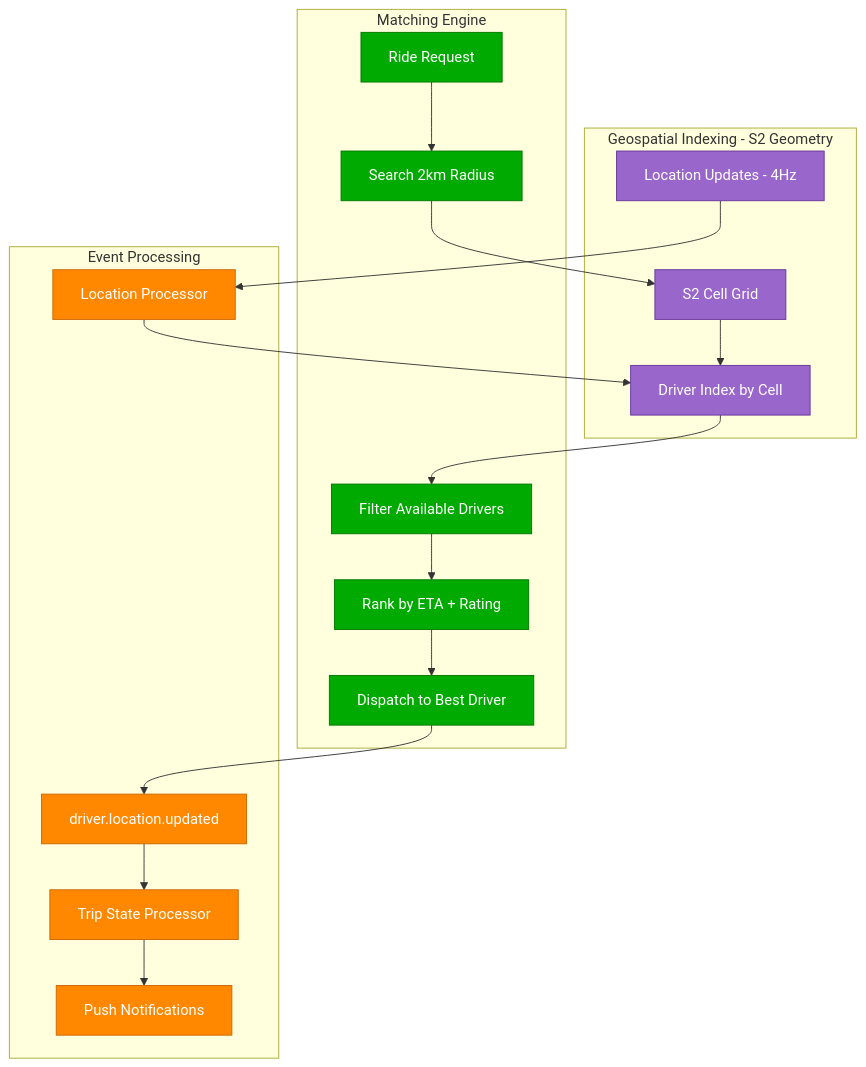
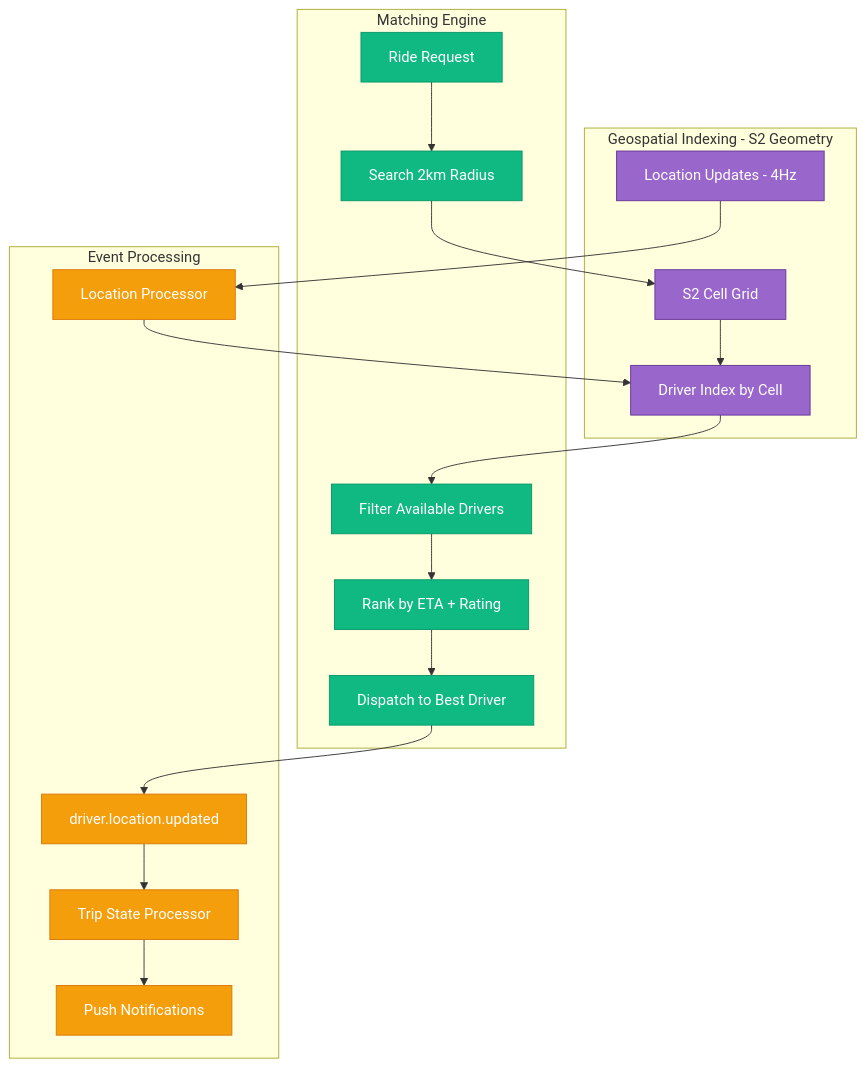
One commit to deepaucksharma/DS changed the fifth of 16 diagrams in site/docs/examples/case-studies.md. Above: the diagram before and after it, drawn with Mermaid. The commit also changed other lines of this file and 303 other files, not shown here.

````diff
--- a/site/docs/examples/case-studies.md
+++ b/site/docs/examples/case-studies.md
@@ -244,45 +244,45 @@
 ```mermaid
 graph TB
     subgraph GeoIndexing[Geospatial Indexing - S2 Geometry]
         S2_CELL[S2 Cell Grid]
         DRIVER_INDEX[Driver Index by Cell]
         LOCATION_UPDATE[Location Updates - 4Hz]
     end
 
     subgraph MatchingEngine[Matching Engine]
         REQUEST[Ride Request]
         RADIUS_SEARCH[Search 2km Radius]
         FILTER[Filter Available Drivers]
         RANK[Rank by ETA + Rating]
         DISPATCH[Dispatch to Best Driver]
     end
 
     subgraph EventStream[Event Processing]
         KAFKA_TOPIC[driver.location.updated]
         LOCATION_PROCESSOR[Location Processor]
         TRIP_PROCESSOR[Trip State Processor]
         NOTIFICATION[Push Notifications]
     end
 
     REQUEST --> RADIUS_SEARCH
     RADIUS_SEARCH --> S2_CELL
     S2_CELL --> DRIVER_INDEX
     DRIVER_INDEX --> FILTER
     FILTER --> RANK
     RANK --> DISPATCH
 
     DISPATCH --> KAFKA_TOPIC
     KAFKA_TOPIC --> TRIP_PROCESSOR
     TRIP_PROCESSOR --> NOTIFICATION
 
     LOCATION_UPDATE --> LOCATION_PROCESSOR
     LOCATION_PROCESSOR --> DRIVER_INDEX
 
     classDef geoStyle fill:#9966CC,stroke:#663399,color:#fff
-    classDef matchStyle fill:#00AA00,stroke:#007700,color:#fff
-    classDef eventStyle fill:#FF8800,stroke:#CC6600,color:#fff
+    classDef matchStyle fill:#10B981,stroke:#059669,color:#fff
+    classDef eventStyle fill:#F59E0B,stroke:#D97706,color:#fff
 
     class S2_CELL,DRIVER_INDEX,LOCATION_UPDATE geoStyle
     class REQUEST,RADIUS_SEARCH,FILTER,RANK,DISPATCH matchStyle
     class KAFKA_TOPIC,LOCATION_PROCESSOR,TRIP_PROCESSOR,NOTIFICATION eventStyle
 ```
````
